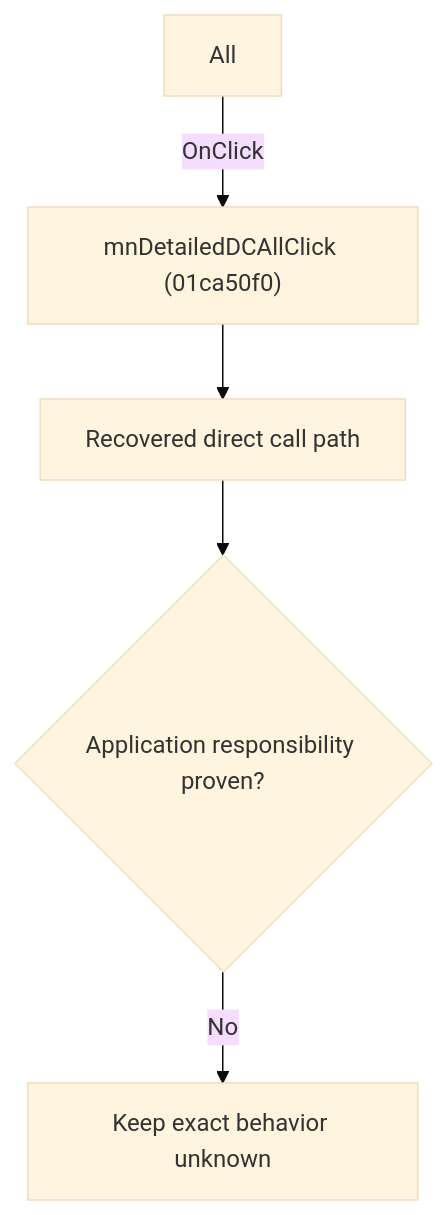
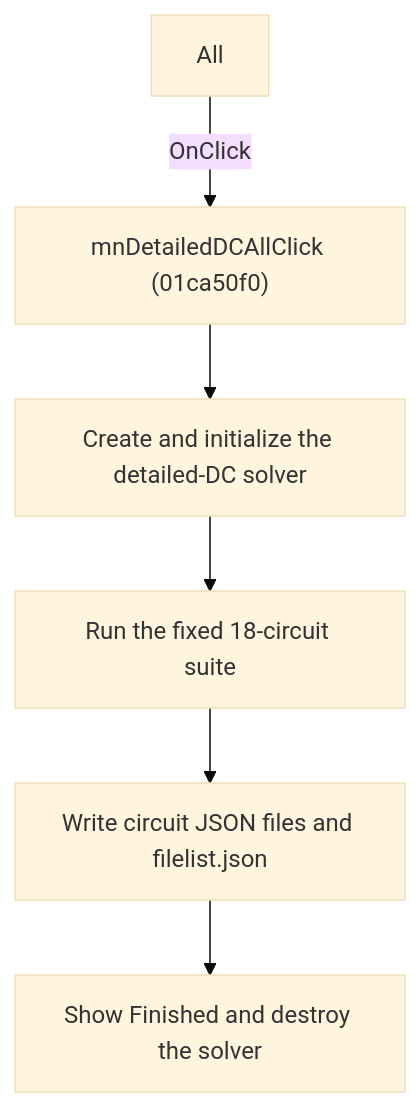
The diagram in docs/ui-controls/schematiceditor/mndetaileddcall-718695094e.md (MovGP0/TIARA), drawn with Mermaid (base theme) before and after one commit. The commit also changed other lines of this file and 241 other files, not shown here.

````diff
--- a/docs/ui-controls/schematiceditor/mndetaileddcall-718695094e.md
+++ b/docs/ui-controls/schematiceditor/mndetaileddcall-718695094e.md
@@ -27,7 +25,8 @@
 ```mermaid
 flowchart TD
     control["All"] -->|"OnClick"| handler["mnDetailedDCAllClick (01ca50f0)"]
-    handler --> recovered["Recovered direct call path"]
-    recovered --> gap{"Application responsibility proven?"}
-    gap -->|"No"| blocked["Keep exact behavior unknown"]
+    handler --> create["Create and initialize the detailed-DC solver"]
+    create --> suite["Run the fixed 18-circuit suite"]
+    suite --> files["Write circuit JSON files and filelist.json"]
+    files --> done["Show Finished and destroy the solver"]
 ```
````
